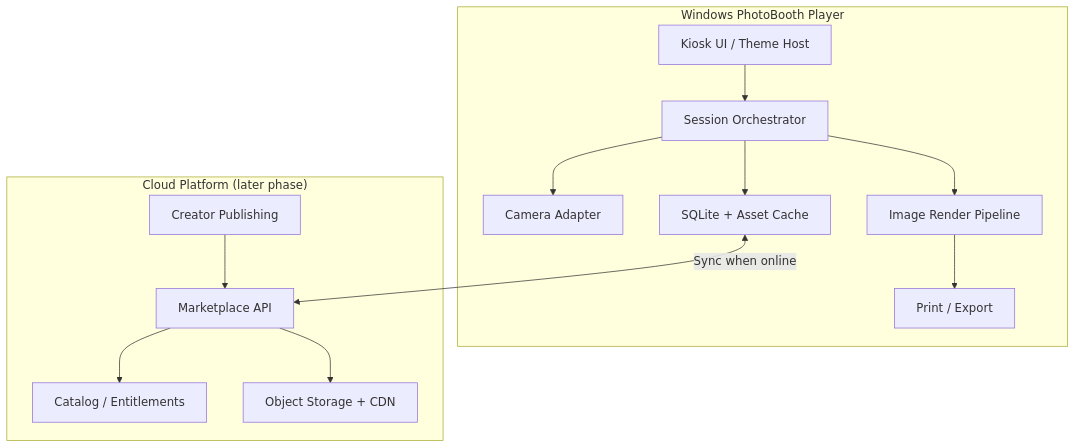
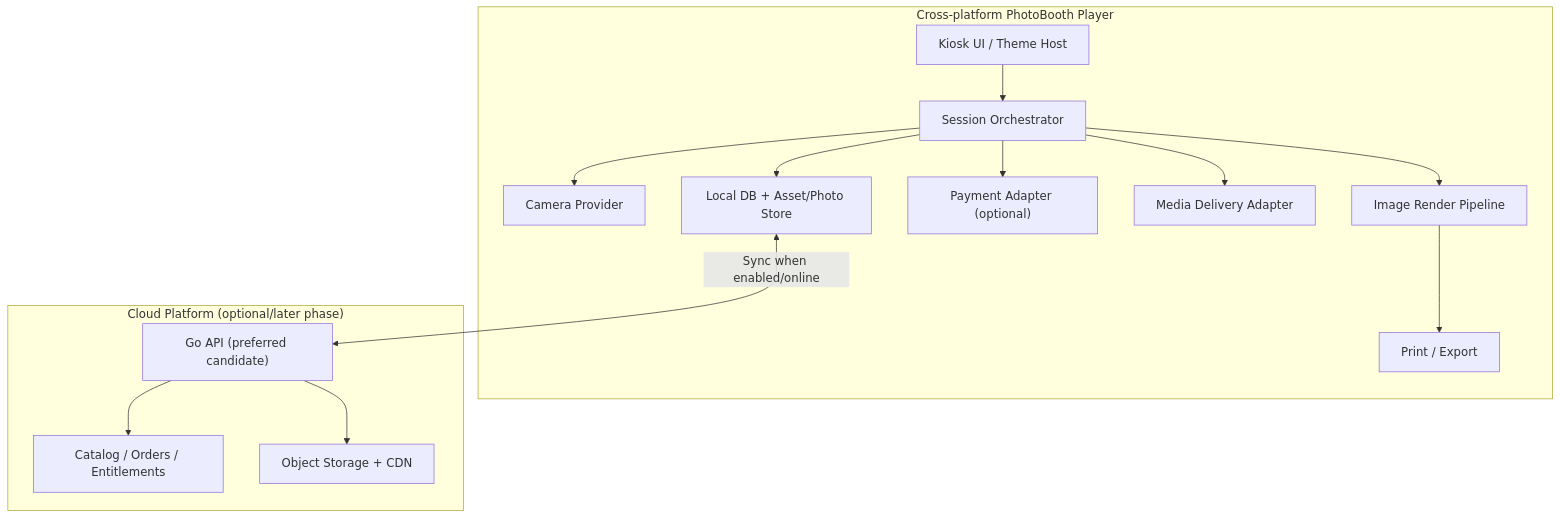
The diagram in README.md (dongsinhho/PhotoBooth), drawn with Mermaid before and after one commit. The commit also changed other lines of this file and 14 other files, not shown here.

Commit message:
docs: define configurable delivery payment and cross-platform direction

```diff
--- a/README.md
+++ b/README.md
@@ -30,26 +33,28 @@
 ~~~mermaid
 flowchart TD
-  subgraph Local["Windows PhotoBooth Player"]
+  subgraph Player["Cross-platform PhotoBooth Player"]
     UI["Kiosk UI / Theme Host"]
     Session["Session Orchestrator"]
-    Camera["Camera Adapter"]
+    Camera["Camera Provider"]
     Render["Image Render Pipeline"]
     Output["Print / Export"]
-    Cache["SQLite + Asset Cache"]
+    Payment["Payment Adapter (optional)"]
+    Media["Media Delivery Adapter"]
+    Local["Local DB + Asset/Photo Store"]
     UI --> Session
     Session --> Camera
     Session --> Render
     Render --> Output
-    Session --> Cache
+    Session --> Payment
+    Session --> Media
+    Session --> Local
   end
-  subgraph Cloud["Cloud Platform (later phase)"]
-    API["Marketplace API"]
-    Catalog["Catalog / Entitlements"]
-    Assets["Object Storage + CDN"]
-    Creator["Creator Publishing"]
+  subgraph Cloud["Cloud Platform (optional/later phase)"]
+    API["Go API (preferred candidate)"]
+    Catalog["Catalog / Orders / Entitlements"]
+    Storage["Object Storage + CDN"]
     API --> Catalog
-    API --> Assets
-    Creator --> API
+    API --> Storage
   end
-  Cache <-->|"Sync when online"| API
+  Local <-->|"Sync when enabled/online"| API
 ~~~
```
